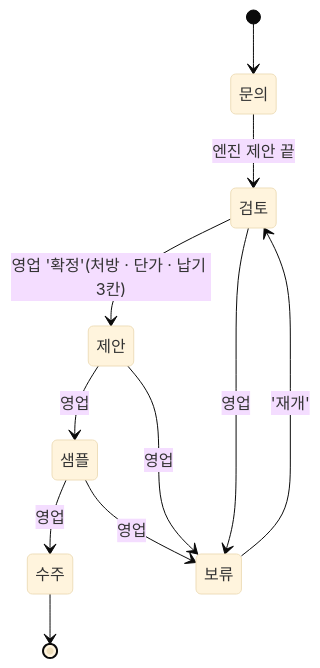
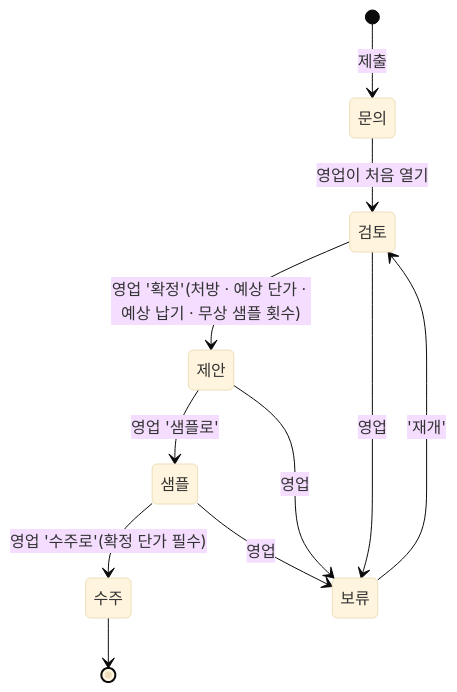
One commit to githubleejungah/oem-brief-desk changed the third of 4 diagrams in docs/flows.md. Above: the diagram before and after it, drawn with Mermaid (base theme). The commit also changed other lines of this file and 8 other files, not shown here.

````diff
--- a/docs/flows.md
+++ b/docs/flows.md
@@ -51,13 +53,13 @@
 ```mermaid
 stateDiagram-v2
-  [*] --> 문의
-  문의 --> 검토: 엔진 제안 끝
-  검토 --> 제안: 영업 '확정'(처방 · 단가 · 납기 3칸)
-  제안 --> 샘플: 영업
-  샘플 --> 수주: 영업
+  [*] --> 문의: 제출
+  문의 --> 검토: 영업이 처음 열기
+  검토 --> 제안: 영업 '확정'(처방 · 예상 단가 · 예상 납기 · 무상 샘플 횟수)
+  제안 --> 샘플: 영업 '샘플로'
+  샘플 --> 수주: 영업 '수주로'(확정 단가 필수)
   검토 --> 보류: 영업
   제안 --> 보류: 영업
   샘플 --> 보류: 영업
   보류 --> 검토: '재개'
   수주 --> [*]
 ```
````
